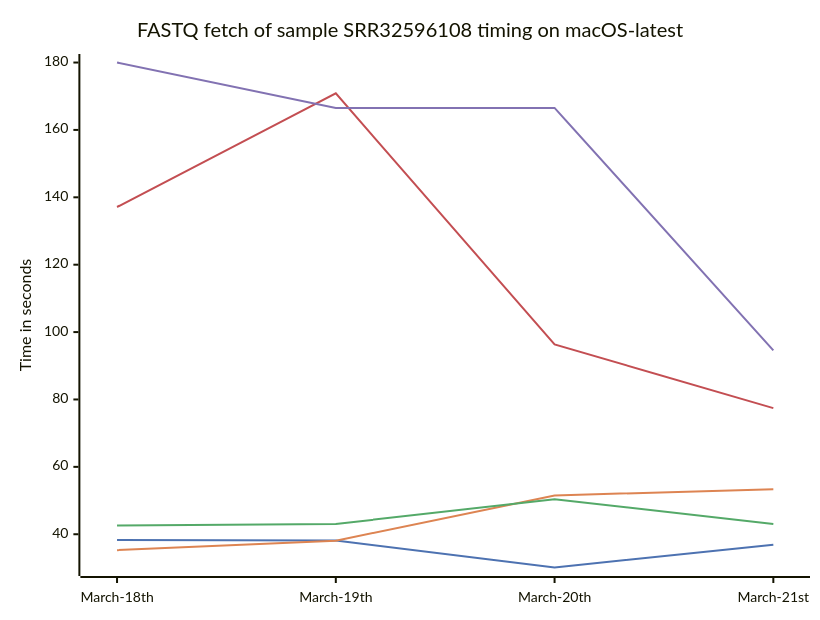
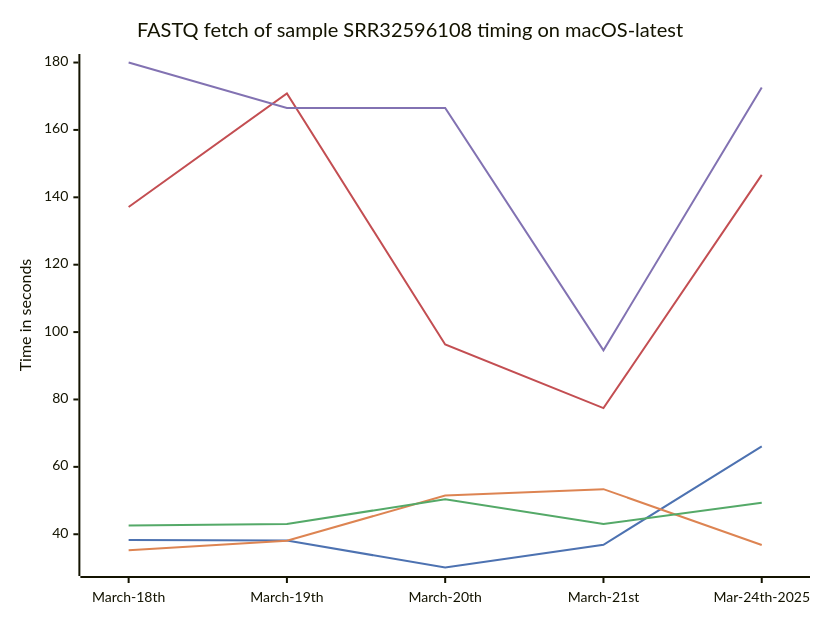
One commit to biermanr/Download_SRA_FASTQ_Benchmarks changed the diagram in README.md. Above: the diagram before and after it, drawn with Mermaid. The commit also changed other lines of this file, not shown here.

Commit message:
Updated timings in README

````diff
--- a/README.md
+++ b/README.md
@@ -12,20 +12,20 @@
 ```mermaid
 ---
 config:
     xyChart:
         width: 800
         height: 600
     themeVariables:
         xyChart:
             plotColorPalette: "#4d72b1,#dd8452,#54a968,#c34e52,#8272b2"
 ---
 xychart-beta
     title "FASTQ fetch of sample SRR32596108 timing on macOS-latest"
-    x-axis [ March-18th, March-19th, March-20th, March-21st ]
+    x-axis [ March-18th, March-19th, March-20th, March-21st, Mar-24th-2025 ]
     y-axis "Time in seconds"
-    line "aria2c_EBI_data" [ 38.31 , 38.14 , 30.13 , 36.88 ]
-    line "prefetch_fasterq-dump_data" [ 35.28, 38.07, 51.50, 53.38 ]
-    line "aws_fasterq-dump_data" [ 42.61, 43.06, 50.37, 43.06 ]
-    line "fasterq-dump_only_data" [ 137.12, 170.85, 96.33, 77.43 ]
-    line "fastq-dump_only_data" [ 180.01 , 166.50 , 166.53 , 94.58 ]
+    line "aria2c_EBI_data" [ 38.31 , 38.14 , 30.13 , 36.88, 66.08 ]
+    line "prefetch_fasterq-dump_data" [ 35.28, 38.07, 51.50, 53.38, 36.82 ]
+    line "aws_fasterq-dump_data" [ 42.61, 43.06, 50.37, 43.06, 49.37 ]
+    line "fasterq-dump_only_data" [ 137.12, 170.85, 96.33, 77.43, 146.65 ]
+    line "fastq-dump_only_data" [ 180.01 , 166.50 , 166.53 , 94.58, 172.61 ]
  ```
````
